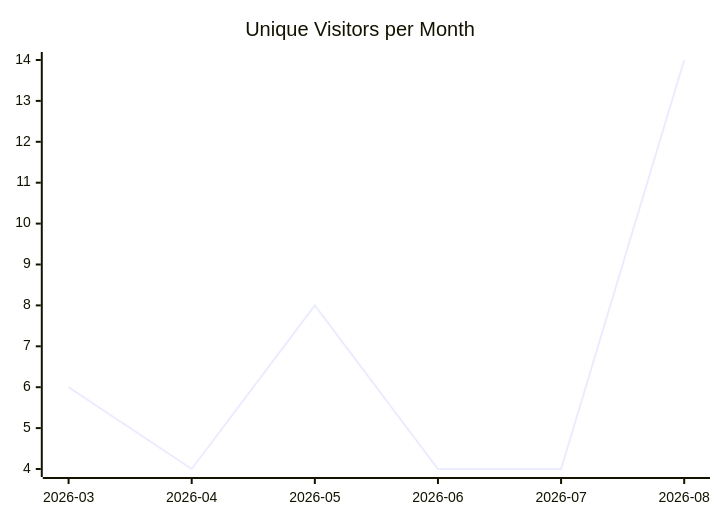
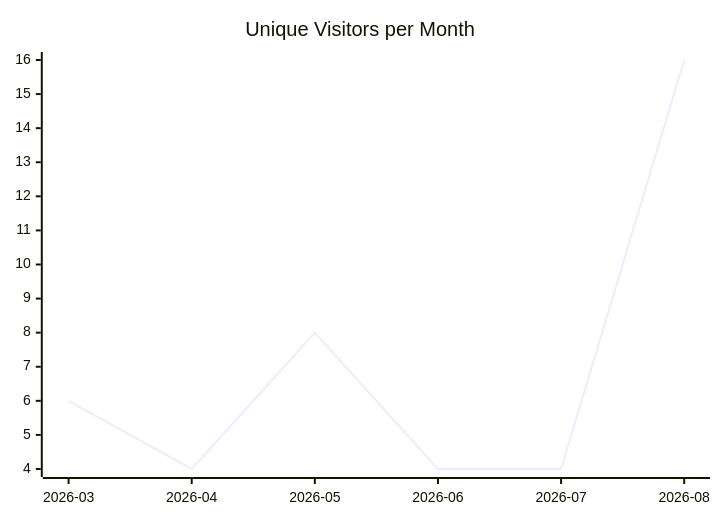
Before and after one commit to justdavis-family/github-analytics-data: the first of 3 diagrams in karlmdavis/xmlpull/README.md, drawn with Mermaid. The commit also changed other lines of this file and 192 other files, not shown here.

````diff
--- a/karlmdavis/xmlpull/README.md
+++ b/karlmdavis/xmlpull/README.md
@@ -5,6 +5,6 @@
 ```mermaid
 xychart-beta
   title "Unique Visitors per Month"
   x-axis ["2026-03", "2026-04", "2026-05", "2026-06", "2026-07", "2026-08"]
-  line [6, 4, 8, 4, 4, 14]
+  line [6, 4, 8, 4, 4, 16]
 ```
````
